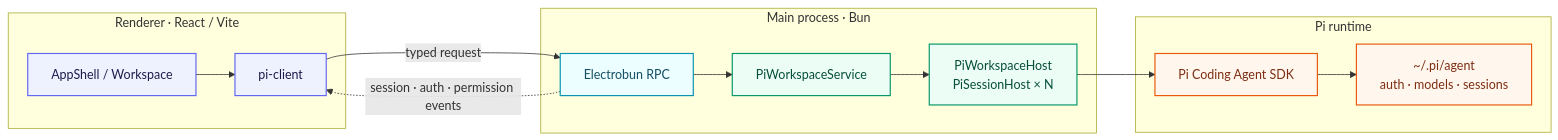
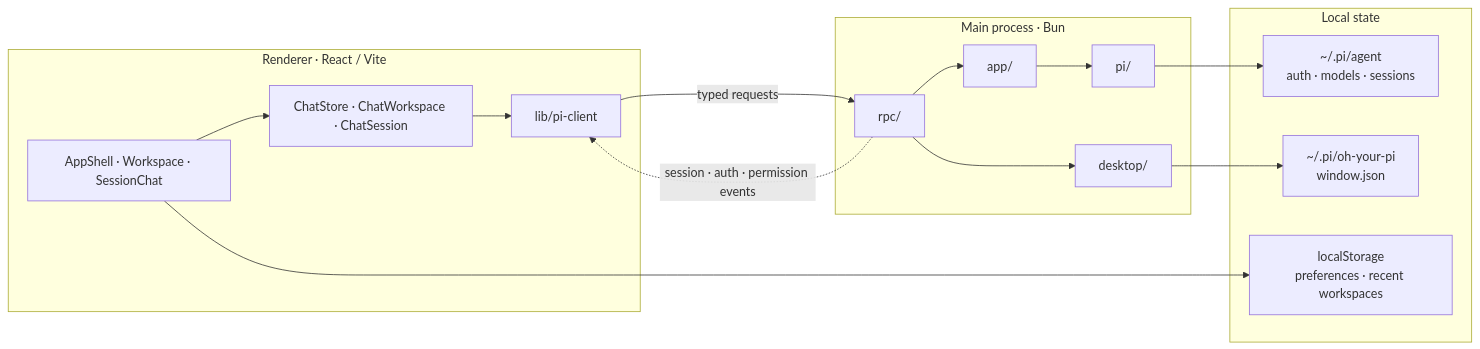
Before and after one commit to wind-chasers/oh-your-pi: the first of 3 diagrams in ai.prompt/architecture.md, drawn with Mermaid. The commit also changed other lines of this file and 166 other files, not shown here.

First line of the commit message:
Refactor app architecture and enhance chat workflows (#1)

````diff
--- a/ai.prompt/architecture.md
+++ b/ai.prompt/architecture.md
@@ -7,24 +33,26 @@
 ```mermaid
 flowchart LR
-  subgraph View["Renderer · React / Vite"]
-    UI["AppShell / Workspace"] --> Client["pi-client"]
+  subgraph Renderer["Renderer · React / Vite"]
+    UI["AppShell · Workspace · SessionChat"] --> Store["ChatStore · ChatWorkspace · ChatSession"]
+    Store --> Client["lib/pi-client"]
   end
+
   subgraph Main["Main process · Bun"]
-    RPC["Electrobun RPC"] --> Service["PiWorkspaceService"] --> Hosts["PiWorkspaceHost\nPiSessionHost × N"]
+    RPC["rpc/"] --> App["app/"]
+    App --> Pi["pi/"]
+    Desktop["desktop/"]
   end
-  subgraph Runtime["Pi runtime"]
-    SDK["Pi Coding Agent SDK"] --> Agent["~/.pi/agent\nauth · models · sessions"]
+
+  subgraph Storage["Local state"]
+    Agent["~/.pi/agent\nauth · models · sessions"]
+    AppState["~/.pi/oh-your-pi\nwindow.json"]
+    BrowserState["localStorage\npreferences · recent workspaces"]
   end
-  Client -->|"typed request"| RPC
+
+  Client -->|"typed requests"| RPC
   RPC -. "session · auth · permission events" .-> Client
-  Hosts --> SDK
-
-  classDef view fill:#EEF2FF,stroke:#6366F1,color:#1E1B4B,stroke-width:1.5px;
-  classDef bridge fill:#ECFEFF,stroke:#0891B2,color:#164E63,stroke-width:1.5px;
-  classDef core fill:#ECFDF5,stroke:#059669,color:#064E3B,stroke-width:1.5px;
-  classDef runtime fill:#FFF7ED,stroke:#EA580C,color:#7C2D12,stroke-width:1.5px;
-  class UI,Client view;
-  class RPC bridge;
-  class Service,Hosts core;
-  class SDK,Agent runtime;
+  RPC --> Desktop
+  Pi --> Agent
+  Desktop --> AppState
+  UI --> BrowserState
 ```
````
